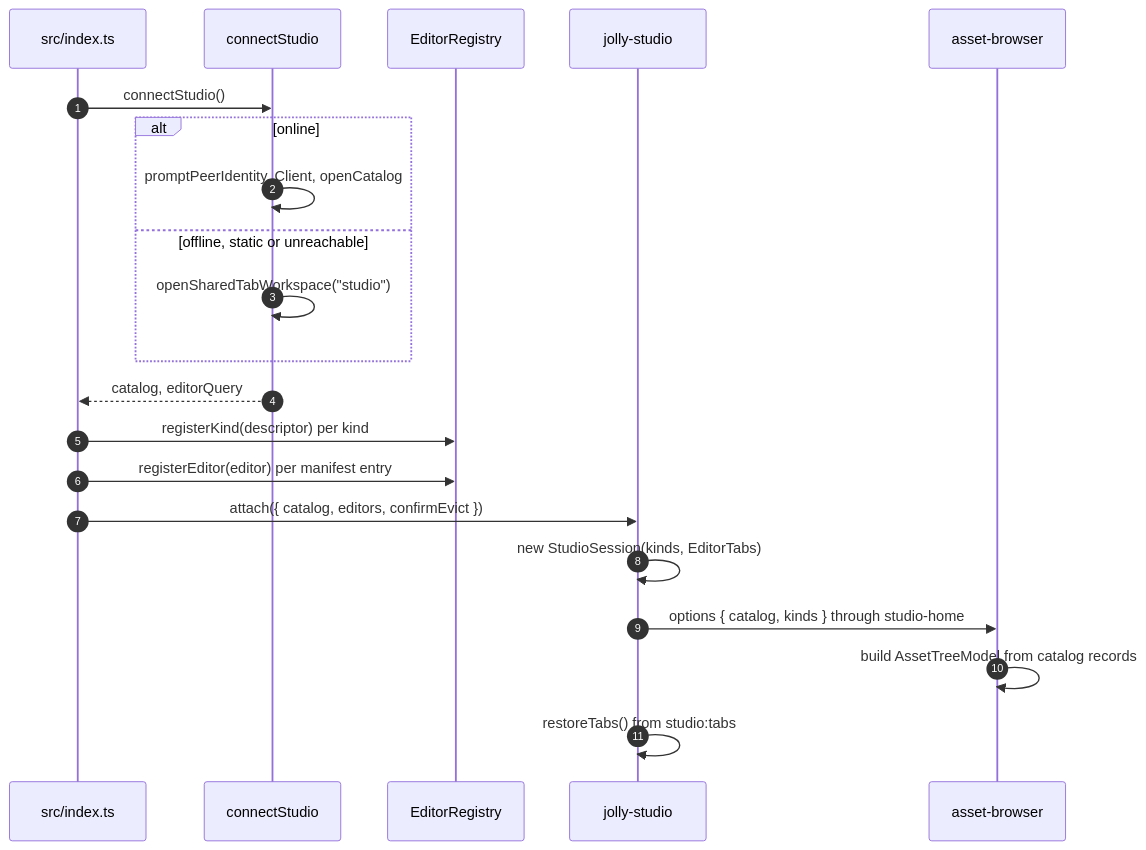
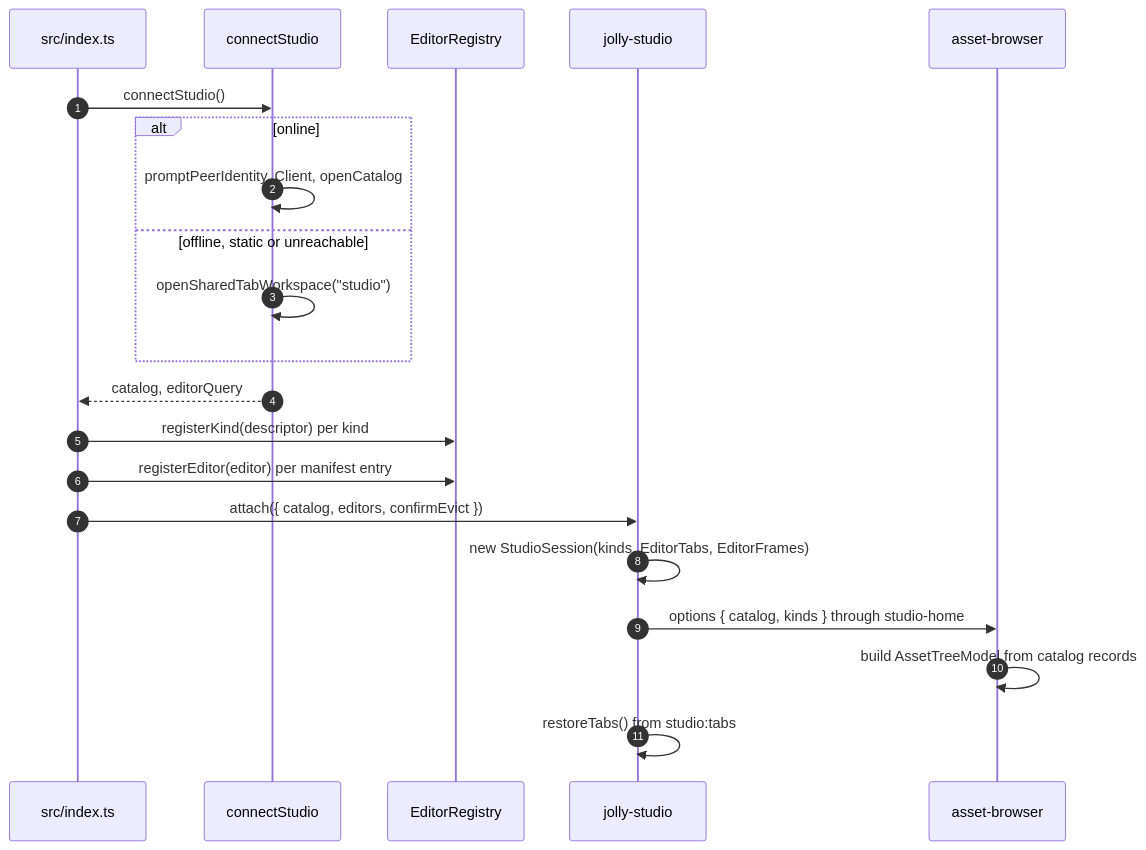
The second of 3 diagrams in packages/studio/ARCHITECTURE.md (JollyPixel/editor), drawn with Mermaid before and after one commit. The commit also changed other lines of this file and 43 other files, not shown here.

````diff
--- a/packages/studio/ARCHITECTURE.md
+++ b/packages/studio/ARCHITECTURE.md
@@ -79,24 +82,24 @@
 ```mermaid
 sequenceDiagram
   autonumber
   participant I as src/index.ts
   participant C as connectStudio
   participant R as EditorRegistry
   participant S as jolly-studio
   participant B as asset-browser
 
   I->>C: connectStudio()
   alt online
     C->>C: promptPeerIdentity, Client, openCatalog
   else offline, static or unreachable
     C->>C: openSharedTabWorkspace("studio")
   end
   C-->>I: catalog, editorQuery
   I->>R: registerKind(descriptor) per kind
   I->>R: registerEditor(editor) per manifest entry
   I->>S: attach({ catalog, editors, confirmEvict })
-  S->>S: new StudioSession(kinds, EditorTabs)
+  S->>S: new StudioSession(kinds, EditorTabs, EditorFrames)
   S->>B: options { catalog, kinds } through studio-home
   B->>B: build AssetTreeModel from catalog records
   S->>S: restoreTabs() from studio:tabs
 ```
````
